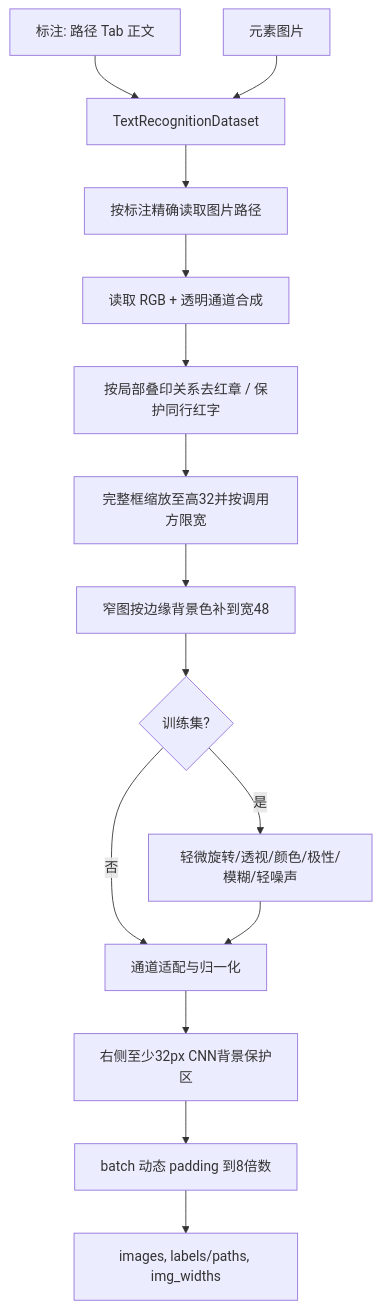
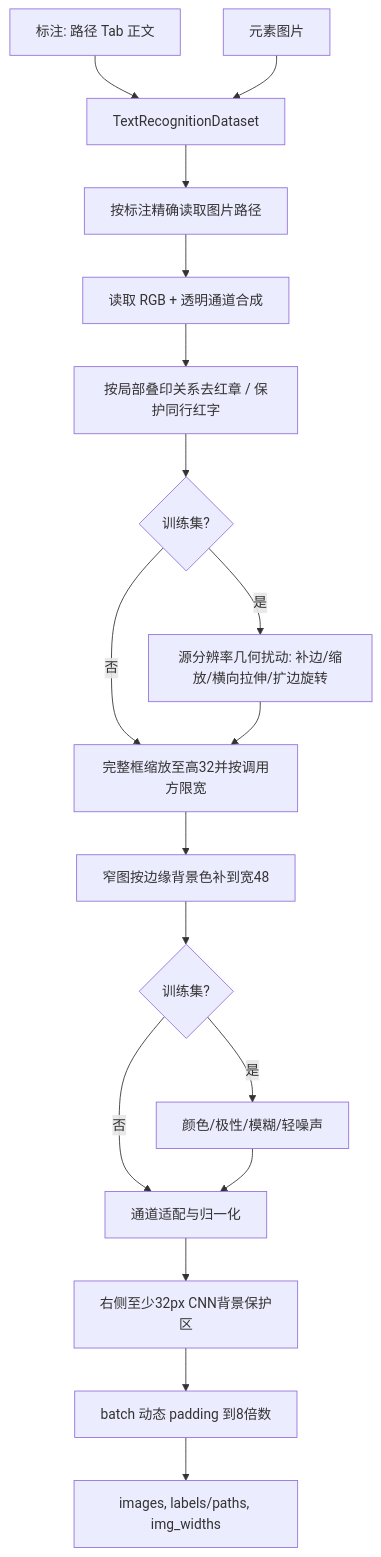
Before and after one commit to MAKENOTES/ocr-web: the first of 2 diagrams in docs/recogniton/recognition.md, drawn with Mermaid. The commit also changed other lines of this file and 11 other files, not shown here.

````diff
--- a/docs/recogniton/recognition.md
+++ b/docs/recogniton/recognition.md
@@ -14,17 +14,20 @@
 ```mermaid
 flowchart TD
     A[标注: 路径 Tab 正文] --> DS[TextRecognitionDataset]
     I[元素图片] --> DS
     DS --> PNG[按标注精确读取图片路径]
     PNG --> RGB[读取 RGB + 透明通道合成]
     RGB --> SEAL[按局部叠印关系去红章 / 保护同行红字]
-    SEAL --> RESIZE[完整框缩放至高32并按调用方限宽]
+    SEAL --> GEO{训练集?}
+    GEO -->|是| SG[源分辨率几何扰动: 补边/缩放/横向拉伸/扩边旋转]
+    GEO -->|否| RESIZE[完整框缩放至高32并按调用方限宽]
+    SG --> RESIZE
     RESIZE --> MINW[窄图按边缘背景色补到宽48]
     MINW --> AUG{训练集?}
-    AUG -->|是| TA[轻微旋转/透视/颜色/极性/模糊/轻噪声]
+    AUG -->|是| TA[颜色/极性/模糊/轻噪声]
     AUG -->|否| NORM[通道适配与归一化]
     TA --> NORM
     NORM --> CTX[右侧至少32px CNN背景保护区]
     CTX --> PAD[batch 动态 padding 到8倍数]
     PAD --> OUT[images, labels/paths, img_widths]
 ```
````
